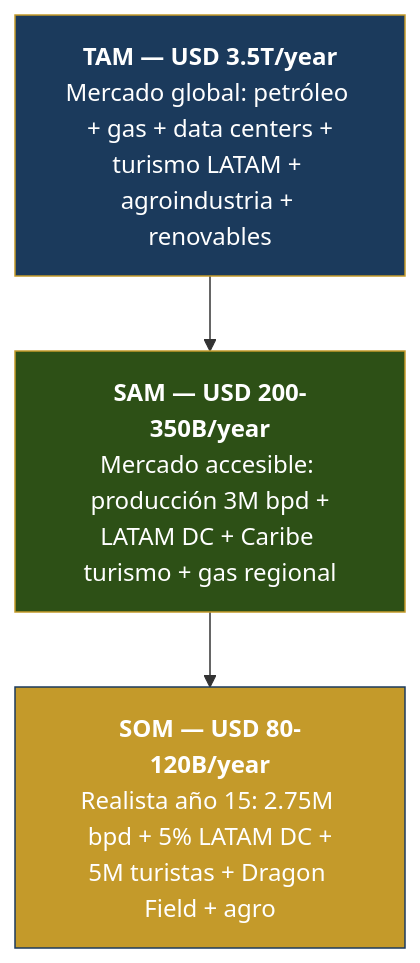
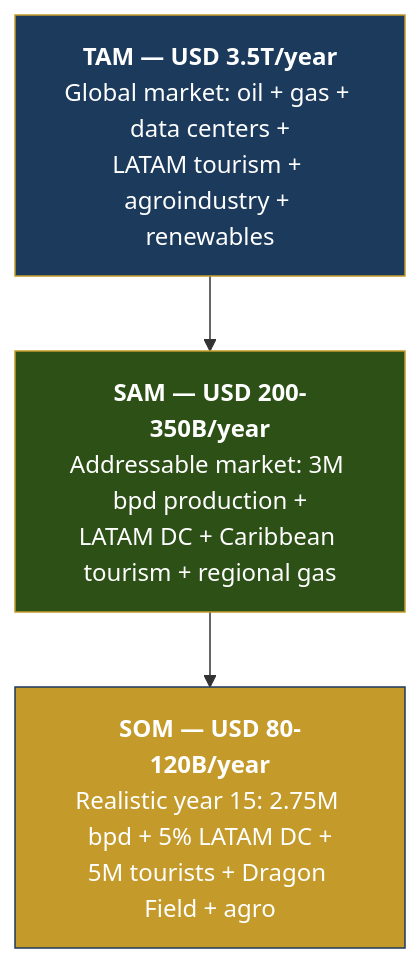
One commit to Venezuela-S-A/venezuela-sa changed the first of 3 diagrams in i18n/en/docusaurus-plugin-content-docs/current/08-pitch/tam-sam-som.md. Above: the diagram before and after it, drawn with Mermaid. The commit also changed other lines of this file and 127 other files, not shown here.

````diff
--- a/i18n/en/docusaurus-plugin-content-docs/current/08-pitch/tam-sam-som.md
+++ b/i18n/en/docusaurus-plugin-content-docs/current/08-pitch/tam-sam-som.md
@@ -14,12 +14,12 @@
 ```mermaid
 flowchart TB
-    TAM["<b>TAM — USD 3.5T/year</b><br/>Mercado global: petróleo + gas + data centers +<br/>turismo LATAM + agroindustria + renovables"]
-    SAM["<b>SAM — USD 200-350B/year</b><br/>Mercado accesible: producción 3M bpd +<br/>LATAM DC + Caribe turismo + gas regional"]
-    SOM["<b>SOM — USD 80-120B/year</b><br/>Realista año 15: 2.75M bpd + 5% LATAM DC +<br/>5M turistas + Dragon Field + agro"]
+    TAM["<b>TAM — USD 3.5T/year</b><br/>Global market: oil + gas + data centers +<br/>LATAM tourism + agroindustry + renewables"]
+    SAM["<b>SAM — USD 200-350B/year</b><br/>Addressable market: 3M bpd production +<br/>LATAM DC + Caribbean tourism + regional gas"]
+    SOM["<b>SOM — USD 80-120B/year</b><br/>Realistic year 15: 2.75M bpd + 5% LATAM DC +<br/>5M tourists + Dragon Field + agro"]
 
     TAM --> SAM --> SOM
 
     style TAM fill:#1B3A5C,stroke:#C49A2A,color:#fff
     style SAM fill:#2d5016,stroke:#C49A2A,color:#fff
     style SOM fill:#C49A2A,stroke:#1B3A5C,color:#fff
 ```
````
